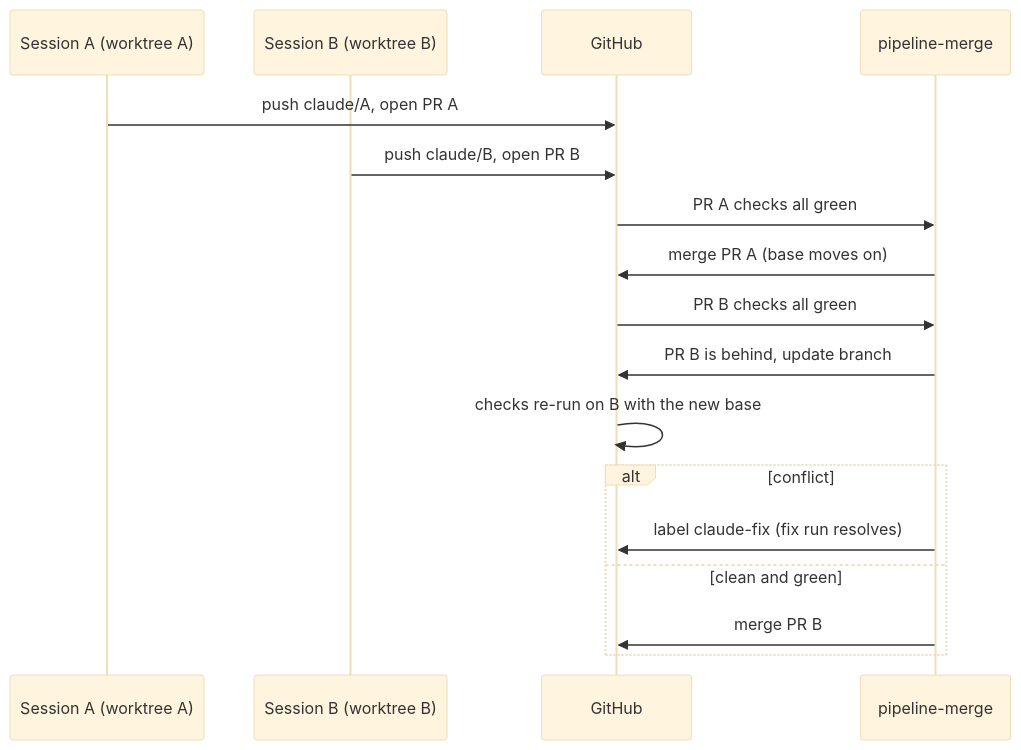
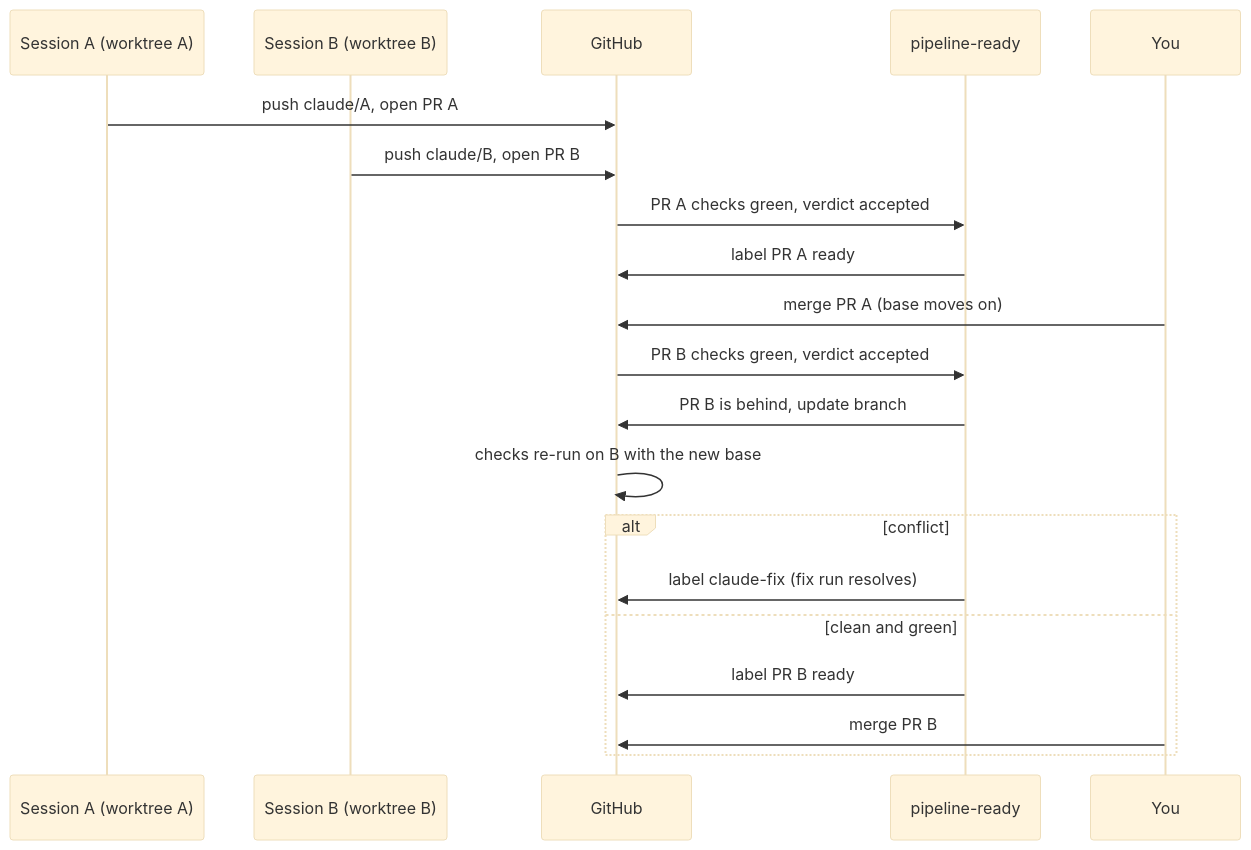
The sixth of 7 diagrams in plugins/claude-pipeline/docs/superpowers/specs/2026-09-24-claude-pipeline-design.md (AndresRubio/andres-skills), drawn with Mermaid (base theme) before and after one commit. The commit also changed other lines of this file, not shown here.

````diff
--- a/plugins/claude-pipeline/docs/superpowers/specs/2026-09-24-claude-pipeline-design.md
+++ b/plugins/claude-pipeline/docs/superpowers/specs/2026-09-24-claude-pipeline-design.md
@@ -472,19 +565,22 @@
 ```mermaid
 sequenceDiagram
     participant A as Session A (worktree A)
     participant B as Session B (worktree B)
     participant GH as GitHub
-    participant M as pipeline-merge
+    participant M as pipeline-ready
+    participant Y as You
     A->>GH: push claude/A, open PR A
     B->>GH: push claude/B, open PR B
-    GH->>M: PR A checks all green
-    M->>GH: merge PR A (base moves on)
-    GH->>M: PR B checks all green
+    GH->>M: PR A checks green, verdict accepted
+    M->>GH: label PR A ready
+    Y->>GH: merge PR A (base moves on)
+    GH->>M: PR B checks green, verdict accepted
     M->>GH: PR B is behind, update branch
     GH->>GH: checks re-run on B with the new base
     alt conflict
         M->>GH: label claude-fix (fix run resolves)
     else clean and green
-        M->>GH: merge PR B
+        M->>GH: label PR B ready
+        Y->>GH: merge PR B
     end
 ```
````
